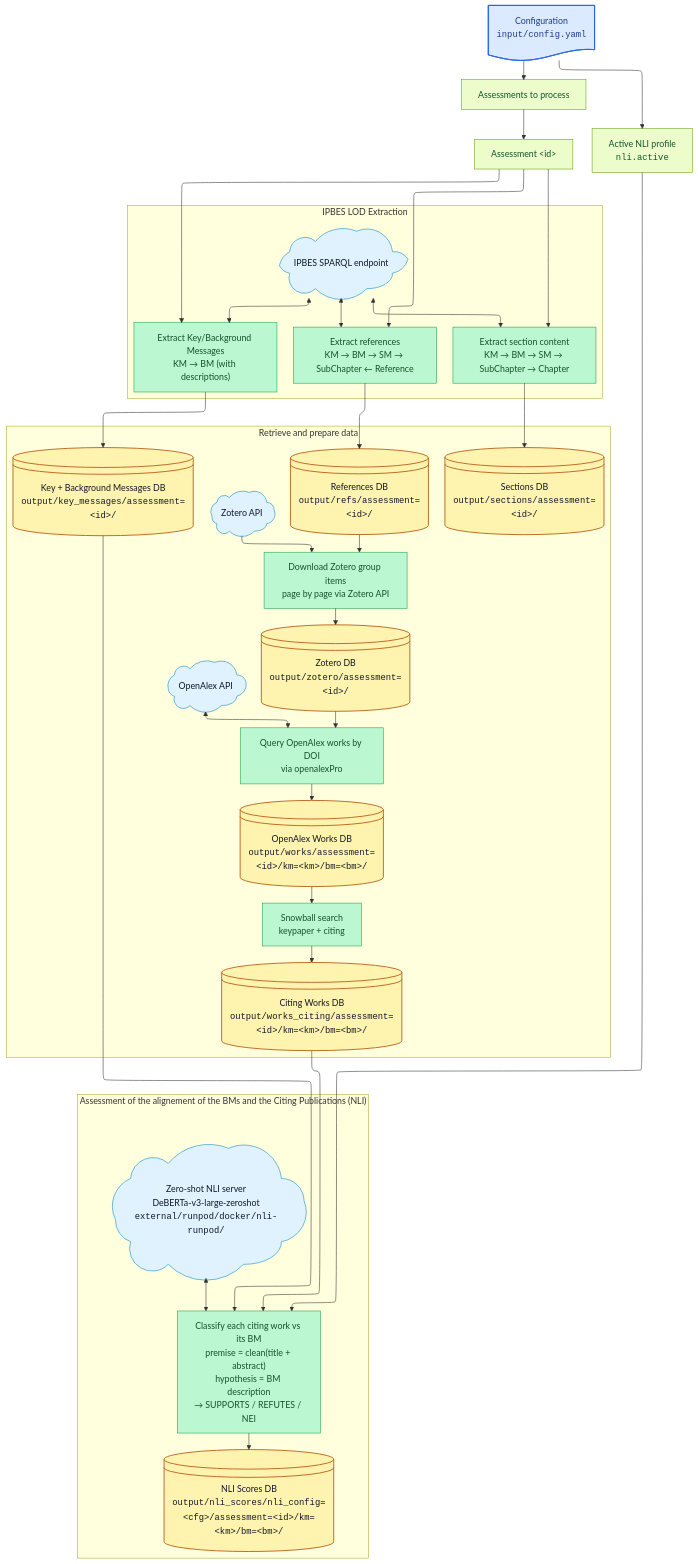
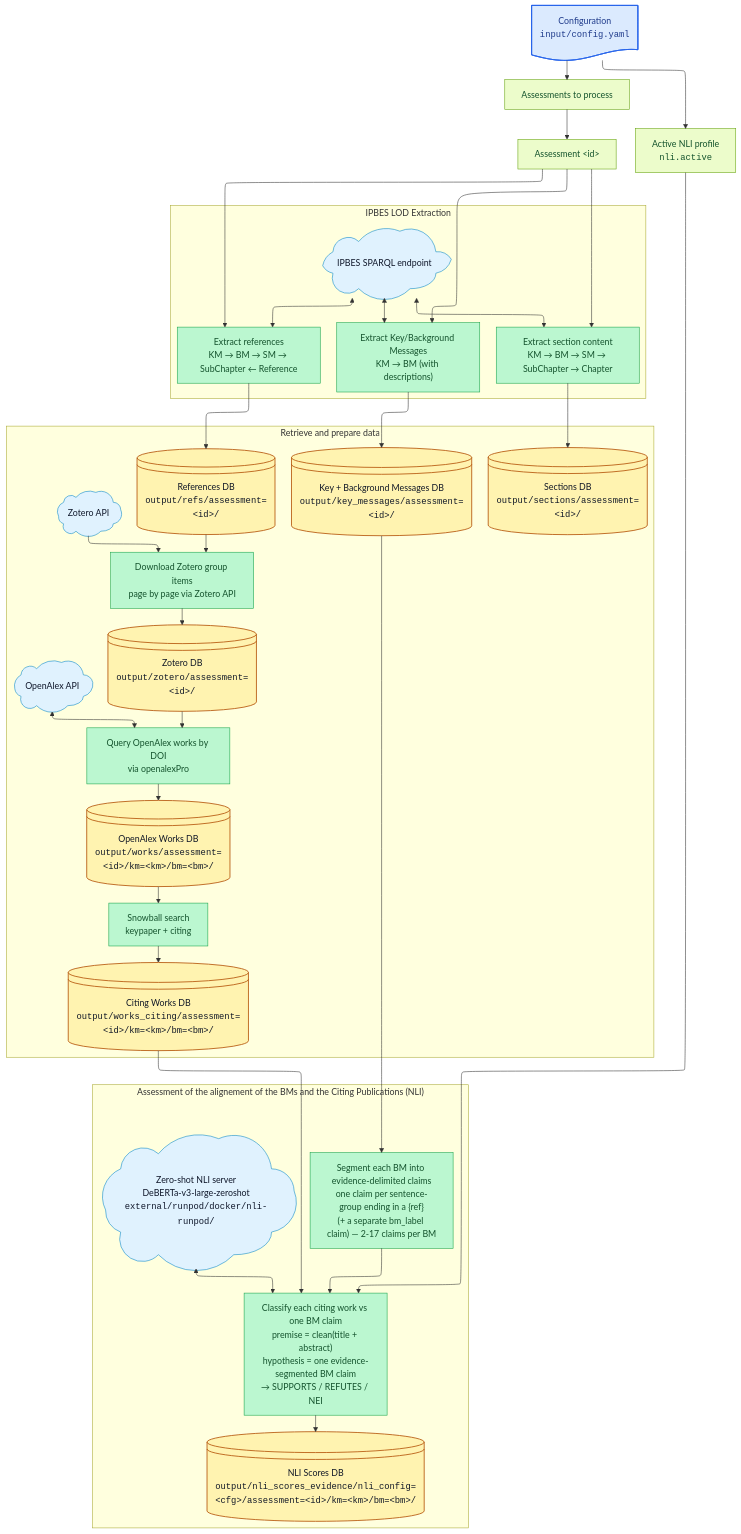
One commit to IPBES-Data/IPBES_BM_Fact_Checker changed the diagram in input/mmd/workflow_nli.mmd. Above: the diagram before and after it, drawn with Mermaid. The commit also changed 4 other files, not shown here.

First line of the commit message:
Fix stale-diagram gap and update workflow diagram for evidence segmentation

```diff
--- a/input/mmd/workflow_nli.mmd
+++ b/input/mmd/workflow_nli.mmd
@@ -1,113 +1,116 @@
 ---
 config:
   layout: elk
   elk:
     nodePlacementStrategy: BRANDES_KOEPF
 ---
 flowchart TD
 
   %% Configuration
   config_file@{ shape: doc, label: "Configuration <br><tt>input/config.yaml</tt>" }
   assessment_list@{ shape: rect, label: "Assessments to process" }
   assessment_id@{ shape: rect, label: "Assessment &lt;id&gt;" }
   nli_active@{ shape: rect, label: "Active NLI profile<br/><tt>nli.active</tt>" }
 
   config_file --> assessment_list
   assessment_list --> assessment_id
   assessment_id --> build_refs
 
   %% LOD Extraction — grouped so the three parallel queries stay in one horizontal band
   subgraph lod["IPBES LOD Extraction"]
     direction TB
 
     %% Nodes
     sparql@{ shape: cloud, label: "IPBES SPARQL endpoint" }
     build_refs@{ shape: rect, label: "Extract references<br/>KM → BM → SM → SubChapter ← Reference" }
     build_sections@{ shape: rect, label: "Extract section content<br/>KM → BM → SM → SubChapter → Chapter" }
     build_key_messages@{ shape: rect, label: "Extract Key/Background Messages<br/>KM → BM (with descriptions)" }
 
     %% Edges
     sparql <--> build_refs
     sparql <--> build_sections
     sparql <--> build_key_messages
   end
 
   assessment_id --> build_sections
   assessment_id --> build_key_messages
 
   subgraph data["Retrieve and prepare data"]
     direction TD
 
     %% Nodes
     refs_db@{ shape: lin-cyl, label: "References DB<br/><tt>output/refs/assessment=&lt;id&gt;/</tt>" }
     sections_db@{ shape: lin-cyl, label: "Sections DB<br/><tt>output/sections/assessment=&lt;id&gt;/</tt>" }
     key_messages_db@{ shape: lin-cyl, label: "Key + Background Messages DB<br/><tt>output/key_messages/assessment=&lt;id&gt;/</tt>" }
     zotero_api@{ shape: cloud, label: "Zotero API" }
     zotero_db@{ shape: lin-cyl, label: "Zotero DB<br/><tt>output/zotero/assessment=&lt;id&gt;/</tt>" }
     openalex@{ shape: cloud, label: "OpenAlex API" }
     works_db@{ shape: lin-cyl, label: "OpenAlex Works DB<br/><tt>output/works/assessment=&lt;id&gt;/km=&lt;km&gt;/bm=&lt;bm&gt;/</tt>" }
     citing_db@{ shape: lin-cyl, label: "Citing Works DB<br/><tt>output/works_citing/assessment=&lt;id&gt;/km=&lt;km&gt;/bm=&lt;bm&gt;/</tt>" }
     download_zotero@{ shape: rect, label: "Download Zotero group items<br/>page by page via Zotero API" }
     download_works@{ shape: rect, label: "Query OpenAlex works by DOI<br/>via openalexPro" }
     snowball@{ shape: rect, label: "Snowball search<br/>keypaper + citing" }
 
     %% Edges
     build_refs        --> refs_db
     build_sections    --> sections_db
     build_key_messages --> key_messages_db
 
     %% Download spine
     refs_db --> download_zotero
     zotero_api --> download_zotero
     download_zotero --> zotero_db
 
     zotero_db --> download_works
     openalex <--> download_works
     download_works --> works_db
 
     works_db --> snowball
     snowball --> citing_db
   end
 
   subgraph nli_assessment["Assessment of the alignement of the BMs and the Citing Publications (NLI)"]
     direction TB
 
     %% Nodes
+    nli_segment@{ shape: rect, label: "Segment each BM into evidence-delimited claims<br/>one claim per sentence-group ending in a {ref}<br/>(+ a separate bm_label claim) — 2-17 claims per BM" }
     nli_server@{ shape: cloud, label: "Zero-shot NLI server<br/>DeBERTa-v3-large-zeroshot<br/><tt>external/runpod/docker/nli-runpod/</tt>" }
-    nli_scoring@{ shape: rect, label: "Classify each citing work vs its BM<br/>premise = clean(title + abstract)<br/>hypothesis = BM description<br/>→ SUPPORTS / REFUTES / NEI" }
-    nli_scores_db@{ shape: lin-cyl, label: "NLI Scores DB<br/><tt>output/nli_scores/nli_config=&lt;cfg&gt;/assessment=&lt;id&gt;/km=&lt;km&gt;/bm=&lt;bm&gt;/</tt>" }
+    nli_scoring@{ shape: rect, label: "Classify each citing work vs one BM claim<br/>premise = clean(title + abstract)<br/>hypothesis = one evidence-segmented BM claim<br/>→ SUPPORTS / REFUTES / NEI" }
+    nli_scores_db@{ shape: lin-cyl, label: "NLI Scores DB<br/><tt>output/nli_scores_evidence/nli_config=&lt;cfg&gt;/assessment=&lt;id&gt;/km=&lt;km&gt;/bm=&lt;bm&gt;/</tt>" }
 
     %% Edges
+    nli_segment --> nli_scoring
     nli_server <--> nli_scoring
     nli_scoring --> nli_scores_db
   end
 
-  %% Inputs to the NLI scoring step: BM text (hypothesis) + citing works (premise)
-  key_messages_db --> nli_scoring
+  %% Inputs to the NLI scoring step: BM text, segmented into claims first, +
+  %% citing works (premise) joined against every claim independently
+  key_messages_db --> nli_segment
   citing_db --> nli_scoring
 
   %% Active NLI profile feeds scoring (determines model config + output partition)
   config_file --> nli_active
   nli_active --> nli_scoring
 
   %% Force `nli_assessment` to sit below `data` (subgraph-to-subgraph edge).
   %% Made invisible via linkStyle below so it doesn't add visual noise.
   data --> nli_assessment
 
   %% Styles
   classDef input_file  fill:#dbeafe,stroke:#2563eb,color:#1e3a8a,stroke-width:1.5px;
   classDef config      fill:#ecfccb,stroke:#65a30d,color:#14532d,stroke-width:1px;
   classDef database    fill:#fff3b0,stroke:#b45309,color:#111827,stroke-width:1.5px;
   classDef processing  fill:#bbf7d0,stroke:#16a34a,color:#14532d,stroke-width:1px;
   classDef helper      fill:#e0f2fe,stroke:#0284c7,color:#0f172a,stroke-width:1px;
   classDef disabled    fill:#f1f5f9,stroke:#94a3b8,color:#64748b,stroke-width:1px,stroke-dasharray:4 3;
 
-  %% Hide the data → nli_assessment subgraph-level constraint edge (last edge, index 25).
+  %% Hide the data → nli_assessment subgraph-level constraint edge (last edge, index 26).
   %% If you add or remove edges above, bump this index.
-  linkStyle 25 stroke:transparent,fill:none;
+  linkStyle 26 stroke:transparent,fill:none;
 
   class config_file input_file;
   class assessment_list,assessment_id,nli_active config;
   class citing_db,refs_db,sections_db,key_messages_db,zotero_db,works_db,nli_scores_db database;
-  class build_refs,build_sections,build_key_messages,download_zotero,download_works,snowball,nli_scoring processing;
+  class build_refs,build_sections,build_key_messages,download_zotero,download_works,snowball,nli_scoring,nli_segment processing;
   class sparql,zotero_api,openalex,nli_server helper;
```
